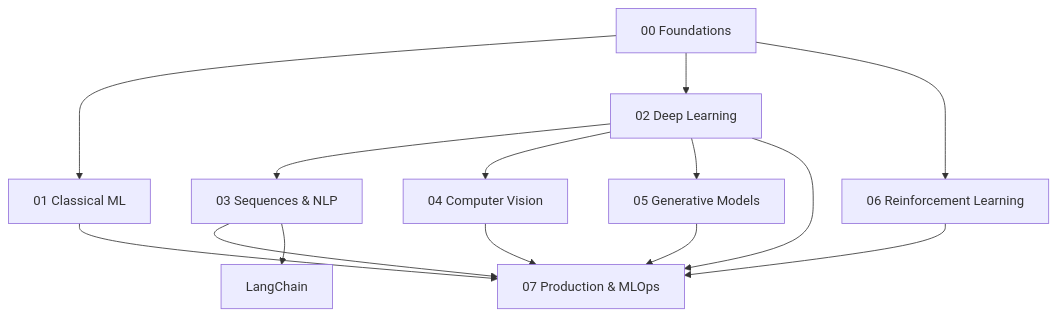
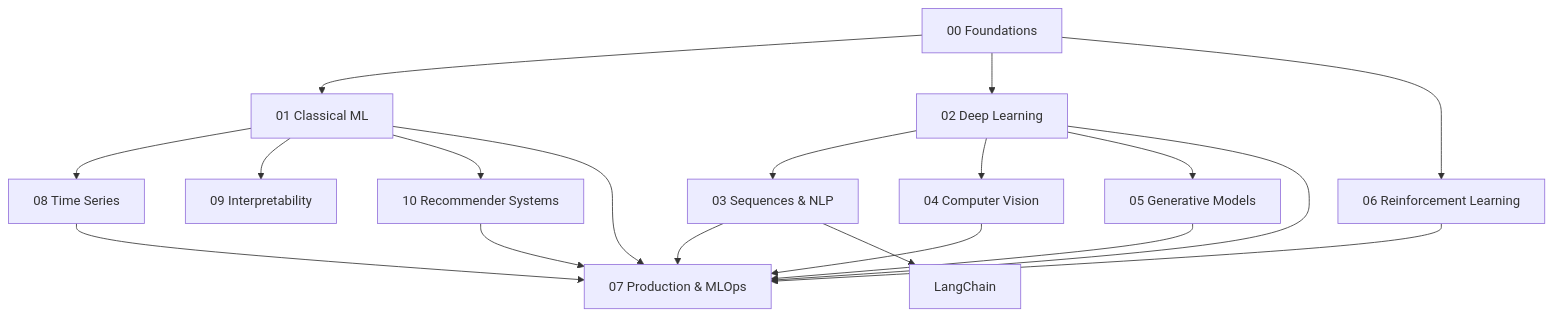
The diagram in docs/machine-learning/intro.md (AndriiSonsiadlo/knowledge-base), drawn with Mermaid before and after one commit. The commit also changed other lines of this file and 131 other files, not shown here.

Commit message:
feat: add time series, interpretability and recommender systems sections

````diff
--- a/docs/machine-learning/intro.md
+++ b/docs/machine-learning/intro.md
@@ -26,16 +26,21 @@
 ```mermaid
 graph TB
     Foundations[00 Foundations] --> ClassicalML[01 Classical ML]
     Foundations --> DeepLearning[02 Deep Learning]
     DeepLearning --> NLP[03 Sequences & NLP]
     DeepLearning --> Vision[04 Computer Vision]
     DeepLearning --> Generative[05 Generative Models]
     Foundations --> RL[06 Reinforcement Learning]
+    ClassicalML --> TimeSeries[08 Time Series]
+    ClassicalML --> Interp[09 Interpretability]
+    ClassicalML --> RecSys[10 Recommender Systems]
     ClassicalML --> Production[07 Production & MLOps]
     DeepLearning --> Production
     NLP --> Production
     Vision --> Production
     Generative --> Production
     RL --> Production
+    TimeSeries --> Production
+    RecSys --> Production
     NLP --> LangChain[LangChain]
 ```
````
